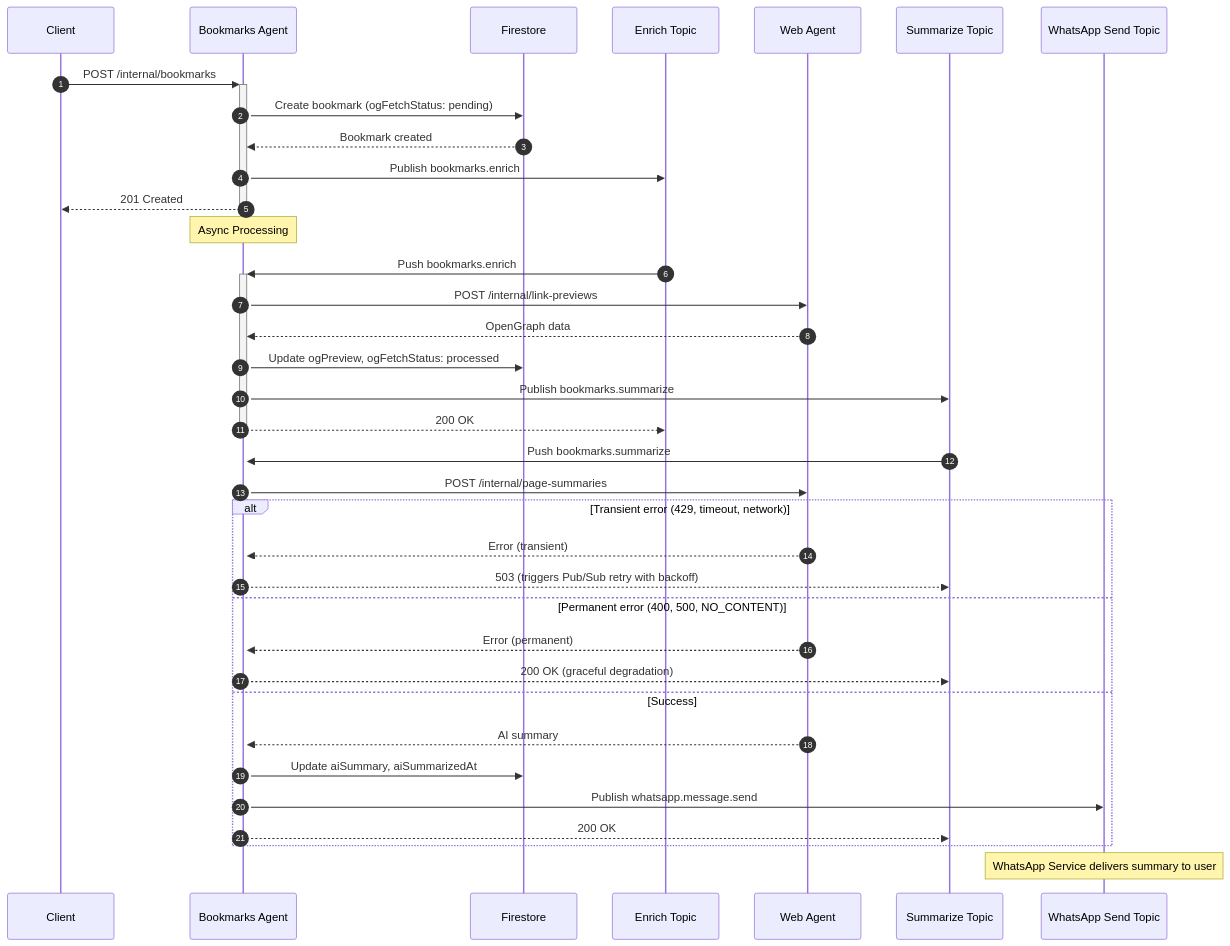
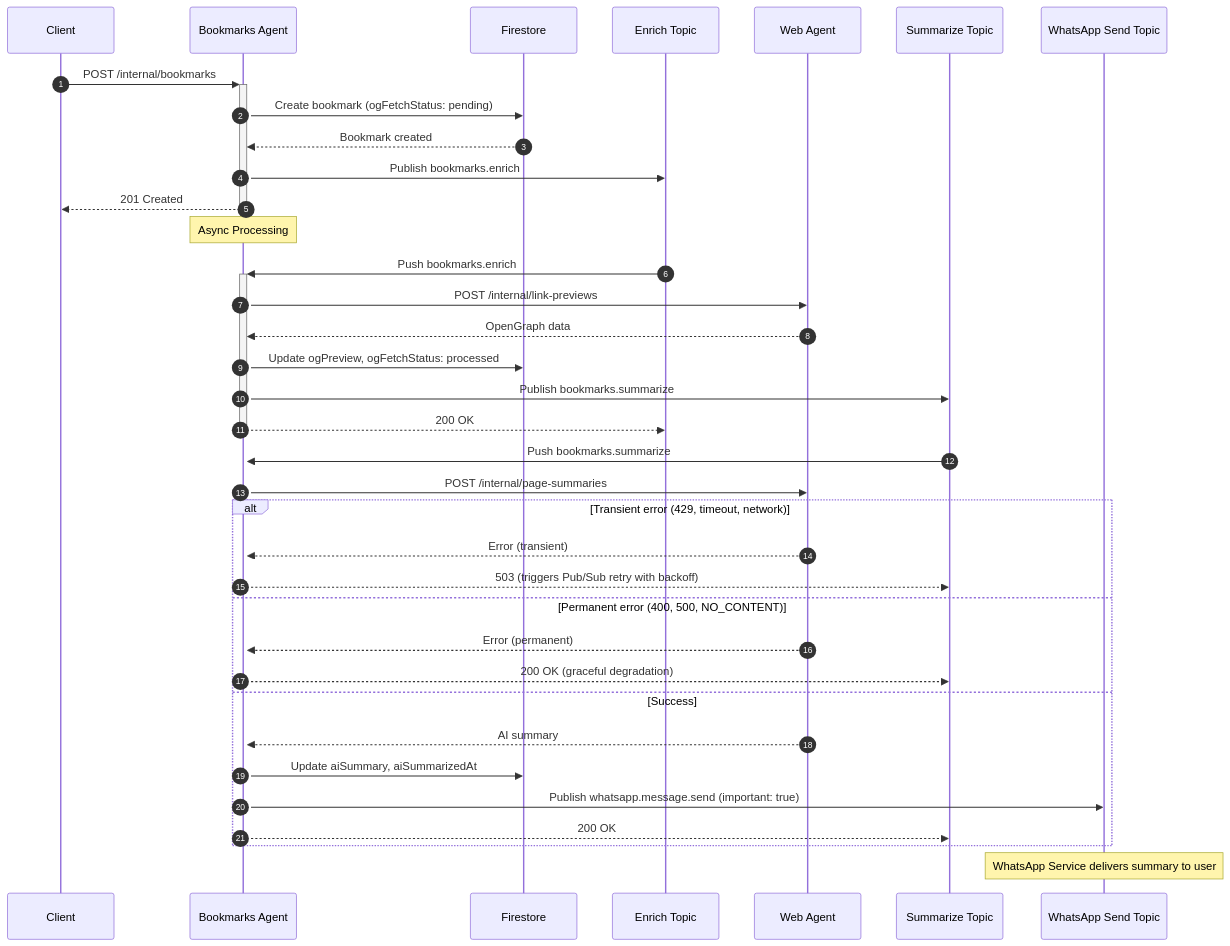
One commit to pbuchman/intexuraos changed the second of 2 diagrams in docs/services/bookmarks-agent/technical.md. Above: the diagram before and after it, drawn with Mermaid. The commit also changed other lines of this file and 132 other files, not shown here.

````diff
--- a/docs/services/bookmarks-agent/technical.md
+++ b/docs/services/bookmarks-agent/technical.md
@@ -59,43 +59,43 @@
 ```mermaid
 sequenceDiagram
     autonumber
     participant Client
     participant BA as Bookmarks Agent
     participant FS as Firestore
     participant EP as Enrich Topic
     participant WA as Web Agent
     participant SP as Summarize Topic
     participant WSP as WhatsApp Send Topic
 
     Client->>+BA: POST /internal/bookmarks
     BA->>FS: Create bookmark (ogFetchStatus: pending)
     FS-->>BA: Bookmark created
     BA->>EP: Publish bookmarks.enrich
     BA-->>-Client: 201 Created
 
     Note over BA: Async Processing
 
     EP->>+BA: Push bookmarks.enrich
     BA->>WA: POST /internal/link-previews
     WA-->>BA: OpenGraph data
     BA->>FS: Update ogPreview, ogFetchStatus: processed
     BA->>SP: Publish bookmarks.summarize
     BA-->>-EP: 200 OK
 
     SP->>+BA: Push bookmarks.summarize
     BA->>WA: POST /internal/page-summaries
     alt Transient error (429, timeout, network)
         WA-->>BA: Error (transient)
         BA-->>SP: 503 (triggers Pub/Sub retry with backoff)
     else Permanent error (400, 500, NO_CONTENT)
         WA-->>BA: Error (permanent)
         BA-->>SP: 200 OK (graceful degradation)
     else Success
         WA-->>BA: AI summary
         BA->>FS: Update aiSummary, aiSummarizedAt
-        BA->>WSP: Publish whatsapp.message.send
+        BA->>WSP: Publish whatsapp.message.send (important: true)
         BA-->>SP: 200 OK
     end
 
     Note over WSP: WhatsApp Service delivers summary to user
 ```
````
